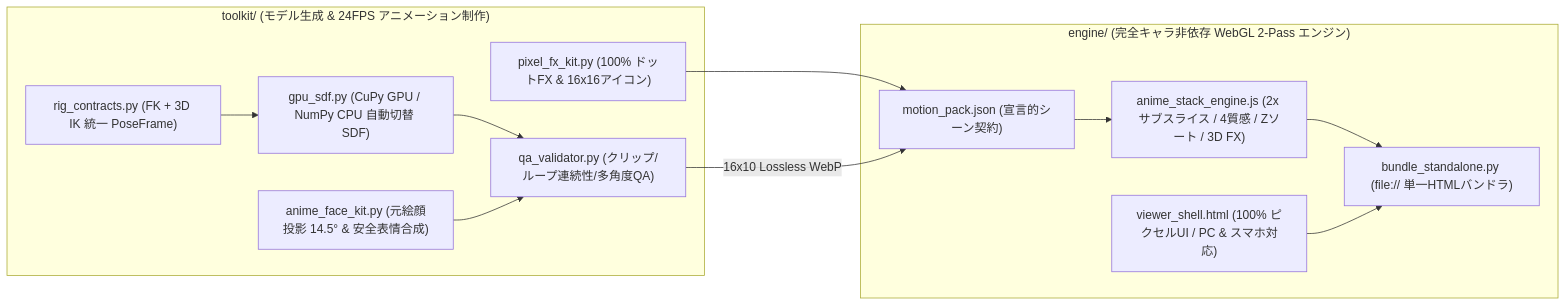
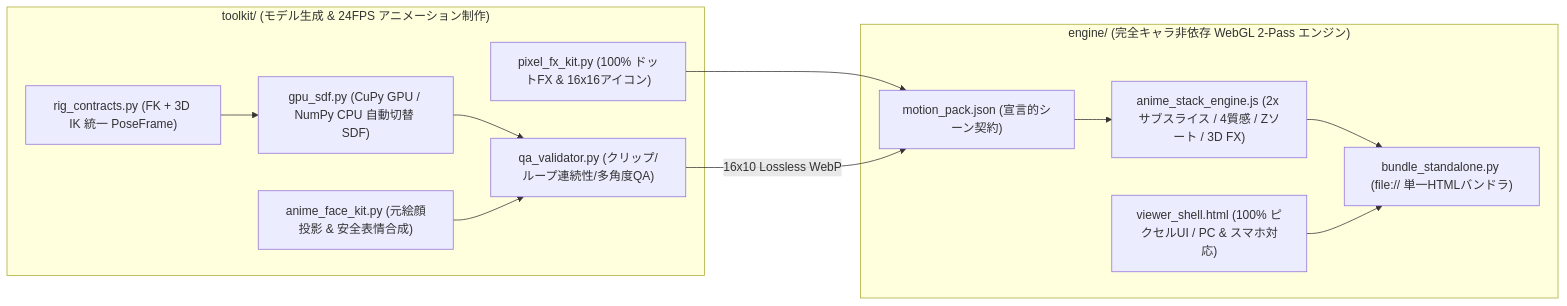
The diagram in README.md (kuraneko1/anime-pseudo-3d), drawn with Mermaid before and after one commit. The commit also changed other lines of this file and 8 other files, not shown here.

````diff
--- a/README.md
+++ b/README.md
@@ -23,26 +121,26 @@
 ```mermaid
 flowchart LR
   subgraph T1["toolkit/ (モデル生成 & 24FPS アニメーション制作)"]
     SDF["gpu_sdf.py (CuPy GPU / NumPy CPU 自動切替 SDF)"]
-    FACE["anime_face_kit.py (元絵顔投影 14.5° & 安全表情合成)"]
+    FACE["anime_face_kit.py (元絵顔投影 & 安全表情合成)"]
     RIG["rig_contracts.py (FK + 3D IK 統一 PoseFrame)"]
     FXK["pixel_fx_kit.py (100% ドットFX & 16x16アイコン)"]
     QA["qa_validator.py (クリップ/ループ連続性/多角度QA)"]
   end
 
   subgraph E1["engine/ (完全キャラ非依存 WebGL 2-Pass エンジン)"]
     PACK["motion_pack.json (宣言的シーン契約)"]
     GL["anime_stack_engine.js (2x サブスライス / 4質感 / Zソート / 3D FX)"]
     UI["viewer_shell.html (100% ピクセルUI / PC & スマホ対応)"]
     BND["bundle_standalone.py (file:// 単一HTMLバンドラ)"]
   end
 
   SDF --> QA
   FACE --> QA
   RIG --> SDF
   FXK --> PACK
   QA -->|"16x10 Lossless WebP"| PACK
   PACK --> GL
   GL --> BND
   UI --> BND
 ```
````
